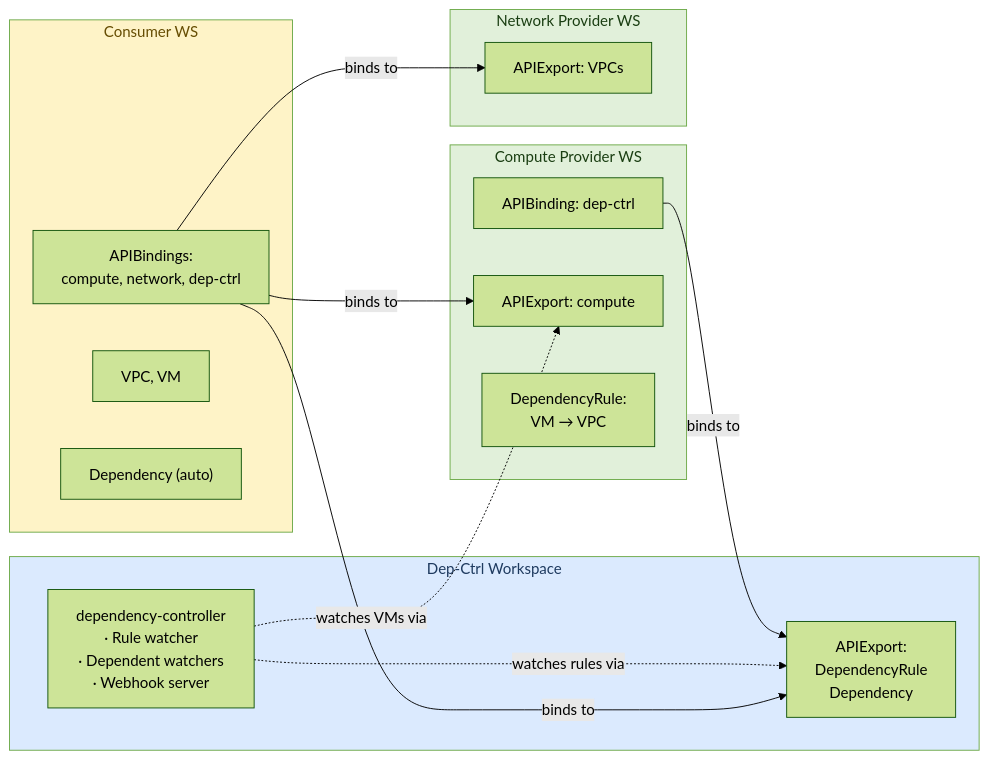
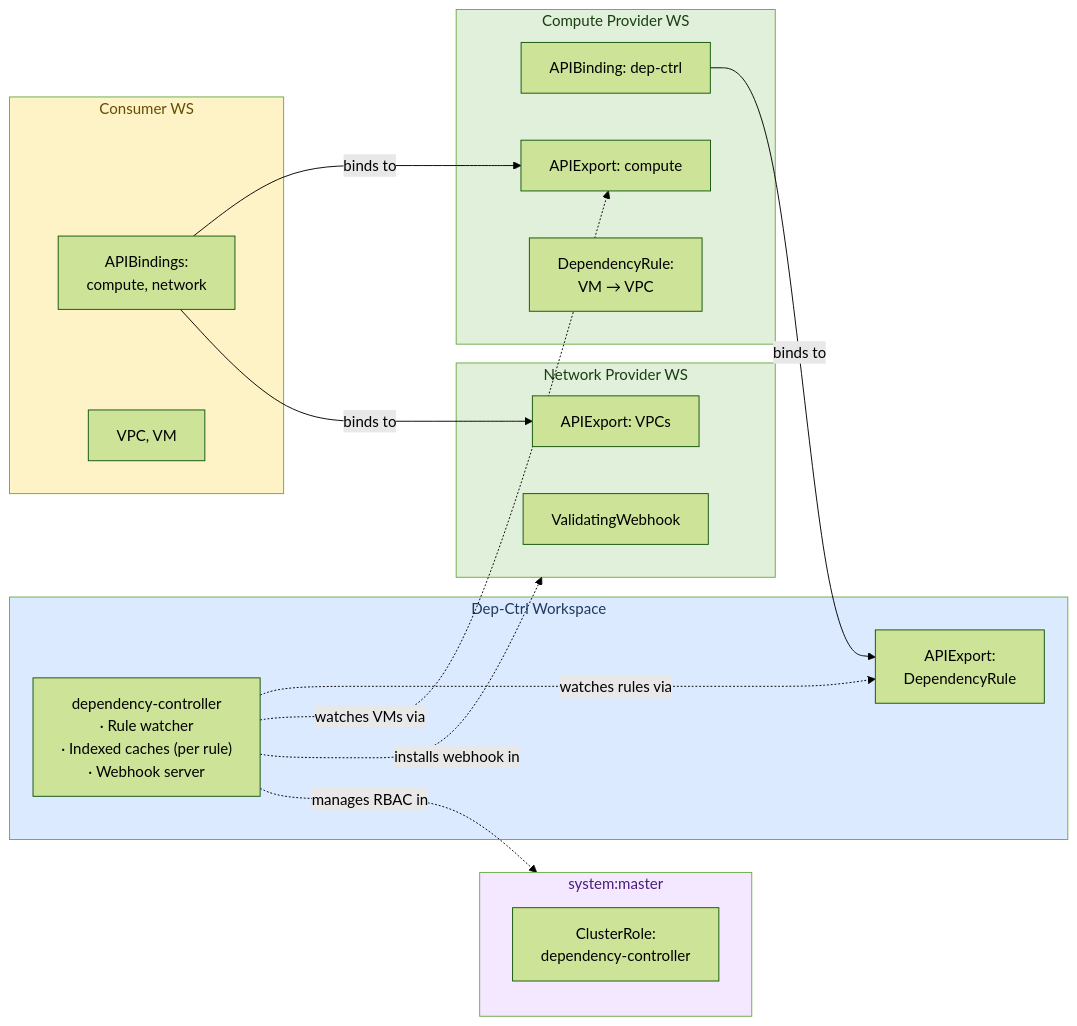
One commit to opendefensecloud/dependency-controller changed the first of 4 diagrams in docs/architecture.md. Above: the diagram before and after it, drawn with Mermaid (forest theme). The commit also changed other lines of this file and 19 other files, not shown here.

````diff
--- a/docs/architecture.md
+++ b/docs/architecture.md
@@ -27,35 +27,41 @@
 ```mermaid
 graph LR
     subgraph DC["Dep-Ctrl Workspace"]
-        DCExport["APIExport:<br/>DependencyRule<br/>Dependency"]
-        Controller["dependency-controller<br/>· Rule watcher<br/>· Dependent watchers<br/>· Webhook server"]
+        DCExport["APIExport:<br/>DependencyRule"]
+        Controller["dependency-controller<br/>· Rule watcher<br/>· Indexed caches (per rule)<br/>· Webhook server"]
     end
 
     subgraph CP["Compute Provider WS"]
         CPBinding["APIBinding: dep-ctrl"]
         CPExport["APIExport: compute"]
         CPRule["DependencyRule:<br/>VM → VPC"]
     end
 
     subgraph NP["Network Provider WS"]
         NPExport["APIExport: VPCs"]
+        NPWebhook["ValidatingWebhook"]
+    end
+
+    subgraph SM["system:master"]
+        SMROLE["ClusterRole:<br/>dependency-controller"]
     end
 
     subgraph CW["Consumer WS"]
-        CWBindings["APIBindings:<br/>compute, network, dep-ctrl"]
+        CWBindings["APIBindings:<br/>compute, network"]
         CWResources["VPC, VM"]
-        CWDep["Dependency (auto)"]
     end
 
     CPBinding -->|binds to| DCExport
     Controller -.->|watches rules via| DCExport
     Controller -.->|watches VMs via| CPExport
+    Controller -.->|installs webhook in| NP
+    Controller -.->|manages RBAC in| SM
     CWBindings -->|binds to| CPExport
     CWBindings -->|binds to| NPExport
-    CWBindings -->|binds to| DCExport
 
     style DC fill:#dbeafe,color:#1e3a5f
     style CP fill:#e1f0da,color:#1a3e12
     style NP fill:#e1f0da,color:#1a3e12
+    style SM fill:#f3e8ff,color:#4a1d7a
     style CW fill:#fef3c7,color:#664d03
 ```
````
